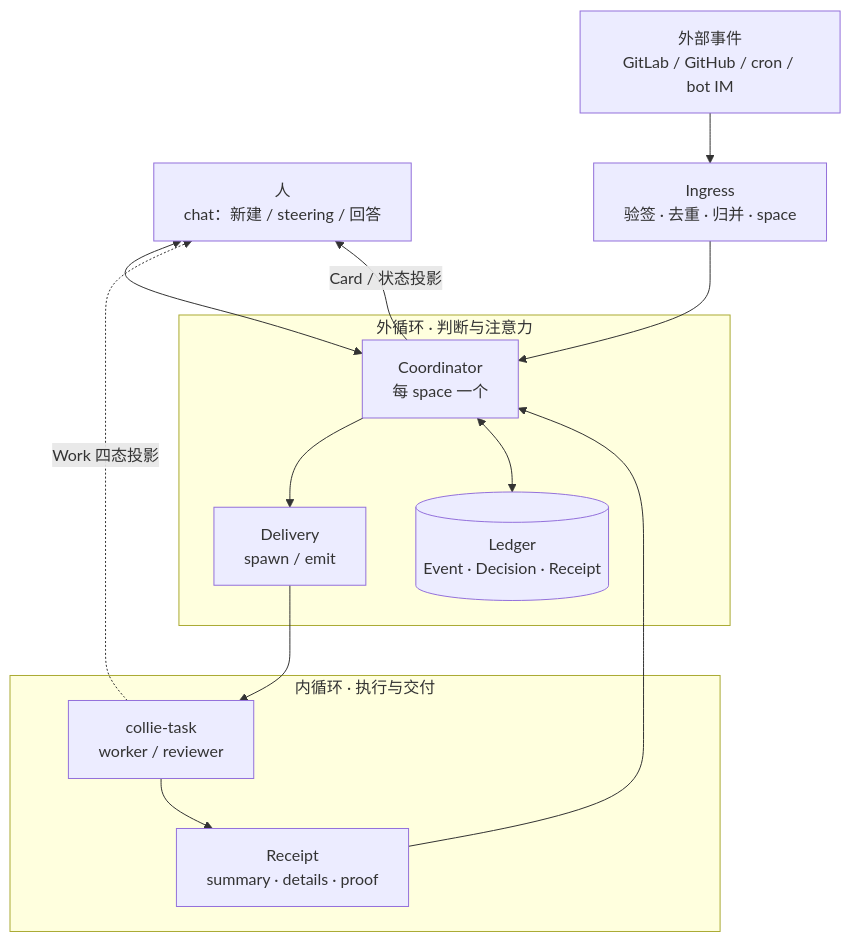
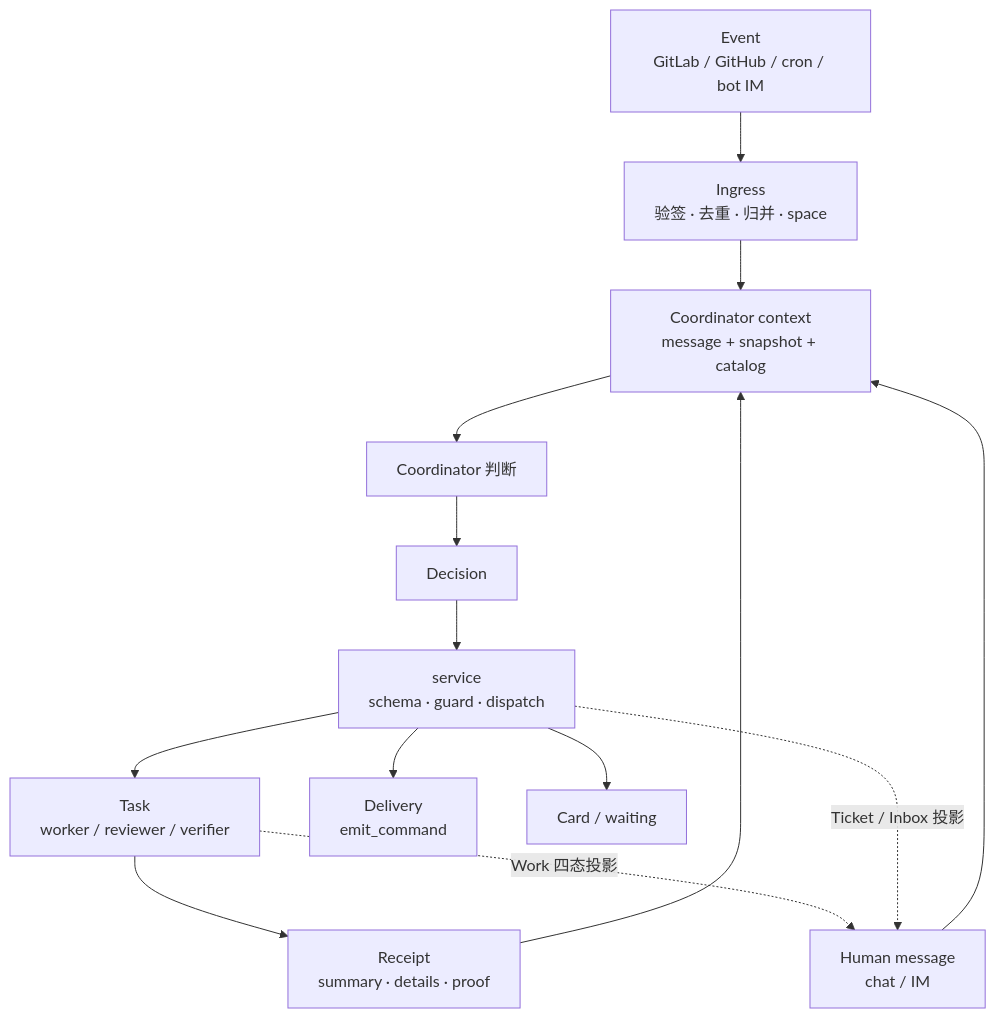
One commit to iodone/collie changed the first of 7 diagrams in docs/ARCHITECTURE.md. Above: the diagram before and after it, drawn with Mermaid. The commit also changed other lines of this file and 5 other files, not shown here.

Commit message:
feat: define message dispatch and decision delivery errors

````diff
--- a/docs/ARCHITECTURE.md
+++ b/docs/ARCHITECTURE.md
@@ -11,18 +13,16 @@
 ```mermaid
 flowchart TB
-  H["人<br/>chat：新建 / steering / 回答"] <--> C["Coordinator<br/>每 space 一个"]
-  E["外部事件<br/>GitLab / GitHub / cron / bot IM"] --> I["Ingress<br/>验签 · 去重 · 归并 · space"]
-  I --> C
-  subgraph OUTER["外循环 · 判断与注意力"]
-    C --> D["Delivery<br/>spawn / emit"]
-    L[("Ledger<br/>Event · Decision · Receipt")]
-    C <--> L
-  end
-  subgraph INNER["内循环 · 执行与交付"]
-    D --> T["collie-task<br/>worker / reviewer"]
-    T --> R["Receipt<br/>summary · details · proof"]
-    R --> C
-  end
-  C -->|"Card / 状态投影"| H
+  E["Event<br/>GitLab / GitHub / cron / bot IM"] --> I["Ingress<br/>验签 · 去重 · 归并 · space"]
+  H["Human message<br/>chat / IM"] --> C
+  I --> C["Coordinator context<br/>message + snapshot + catalog"]
+  C --> J["Coordinator 判断"]
+  J --> D["Decision"]
+  D --> V["service<br/>schema · guard · dispatch"]
+  V --> T["Task<br/>worker / reviewer / verifier"]
+  V --> O["Delivery<br/>emit_command"]
+  V --> W["Card / waiting"]
+  T --> R["Receipt<br/>summary · details · proof"]
+  R --> C
   T -. "Work 四态投影" .-> H
+  V -. "Ticket / Inbox 投影" .-> H
 ```
````
